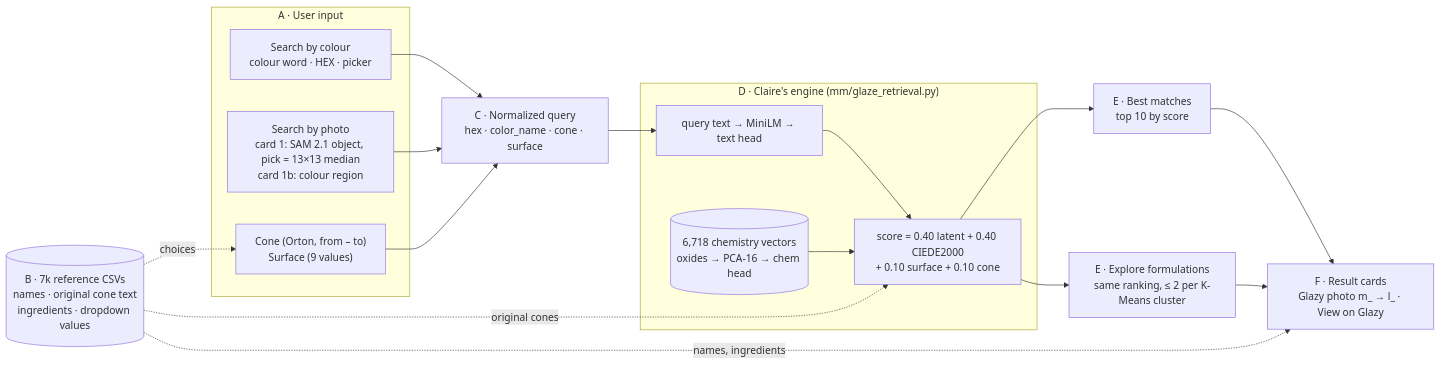
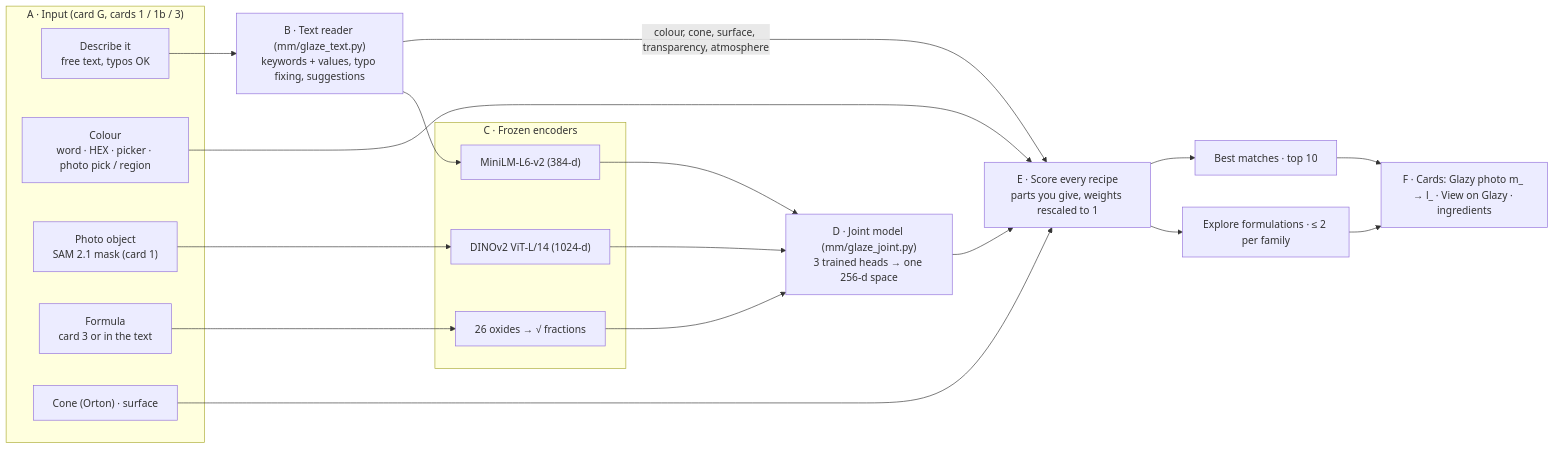
Before and after one commit to haohaozai/GC2-Ensemble-Model-Pottery: the diagram in docs/glaze_integration_architecture.md, drawn with Mermaid. The commit also changed other lines of this file and 24 other files, not shown here.

First line of the commit message:
Glaze Search card G: smart search (text + photo + formula) and free-text reading

````diff
--- a/docs/glaze_integration_architecture.md
+++ b/docs/glaze_integration_architecture.md
@@ -12,30 +24,36 @@
 ```mermaid
 flowchart LR
-  subgraph IN["A · User input"]
-    C1["Search by colour<br/>colour word · HEX · picker"]
-    C2["Search by photo<br/>card 1: SAM 2.1 object, pick = 13×13 median<br/>card 1b: colour region"]
-    C3["Cone (Orton, from – to)<br/>Surface (9 values)"]
+  subgraph IN["A · Input (card G, cards 1 / 1b / 3)"]
+    T0["Describe it<br/>free text, typos OK"]
+    C0["Colour<br/>word · HEX · picker · photo pick / region"]
+    P0["Photo object<br/>SAM 2.1 mask (card 1)"]
+    F0["Formula<br/>card 3 or in the text"]
+    S0["Cone (Orton) · surface"]
   end
-  REF[("B · 7k reference CSVs<br/>names · original cone text<br/>ingredients · dropdown values")]
-  Q["C · Normalized query<br/>hex · color_name · cone · surface"]
-  subgraph ENG["D · Claire's engine (mm/glaze_retrieval.py)"]
-    T["query text → MiniLM → text head"]
-    V[("6,718 chemistry vectors<br/>oxides → PCA-16 → chem head")]
-    S["score = 0.40 latent + 0.40 CIEDE2000<br/>+ 0.10 surface + 0.10 cone"]
+  R["B · Text reader (mm/glaze_text.py)<br/>keywords + values, typo fixing, suggestions"]
+  subgraph ENC["C · Frozen encoders"]
+    E1["MiniLM-L6-v2 (384-d)"]
+    E2["DINOv2 ViT-L/14 (1024-d)"]
+    E3["26 oxides → √ fractions"]
   end
-  B["E · Best matches<br/>top 10 by score"]
-  X["E · Explore formulations<br/>same ranking, ≤ 2 per K-Means cluster"]
-  G["F · Result cards<br/>Glazy photo m_ → l_ · View on Glazy"]
-  C1 --> Q
-  C2 --> Q
-  C3 --> Q
-  REF -.->|choices| C3
-  Q --> T --> S
-  V --> S
-  REF -.->|original cones| S
-  S --> B
-  S --> X
+  J["D · Joint model (mm/glaze_joint.py)<br/>3 trained heads → one 256-d space"]
+  SC["E · Score every recipe<br/>parts you give, weights rescaled to 1"]
+  B["Best matches · top 10"]
+  X["Explore formulations · ≤ 2 per family"]
+  G["F · Cards: Glazy photo m_ → l_ · View on Glazy · ingredients"]
+  T0 --> R
+  R -->|colour, cone, surface, transparency, atmosphere| SC
+  R --> E1
+  C0 --> SC
+  S0 --> SC
+  P0 --> E2
+  F0 --> E3
+  E1 --> J
+  E2 --> J
+  E3 --> J
+  J --> SC
+  SC --> B
+  SC --> X
   B --> G
   X --> G
-  REF -.->|names, ingredients| G
 ```
````
